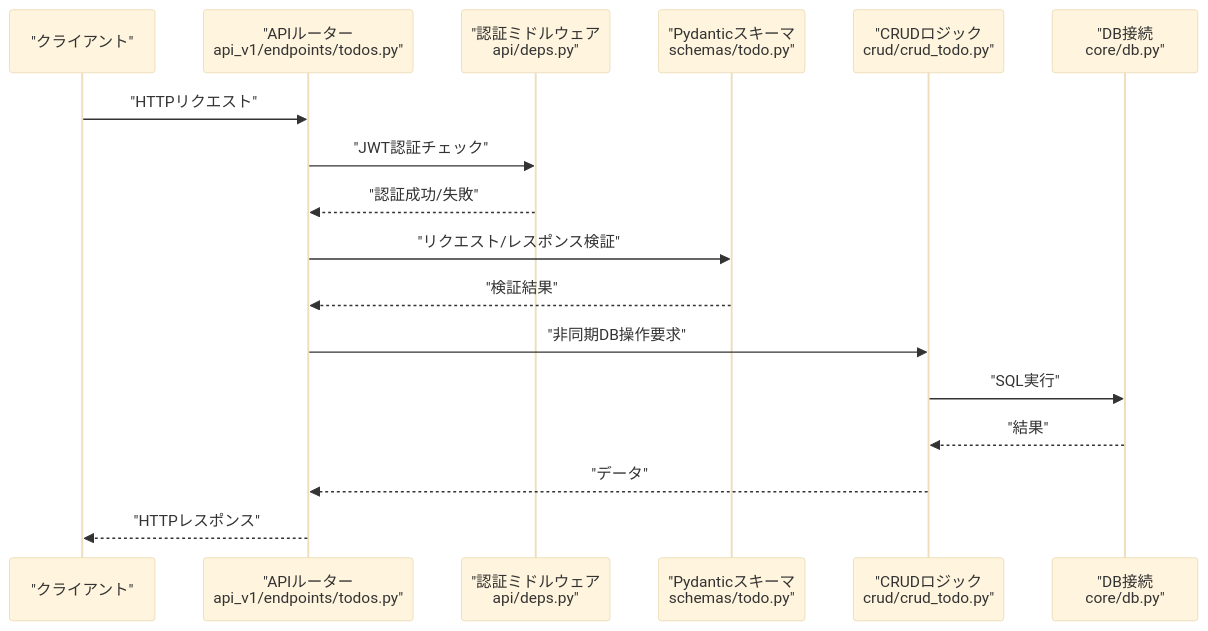
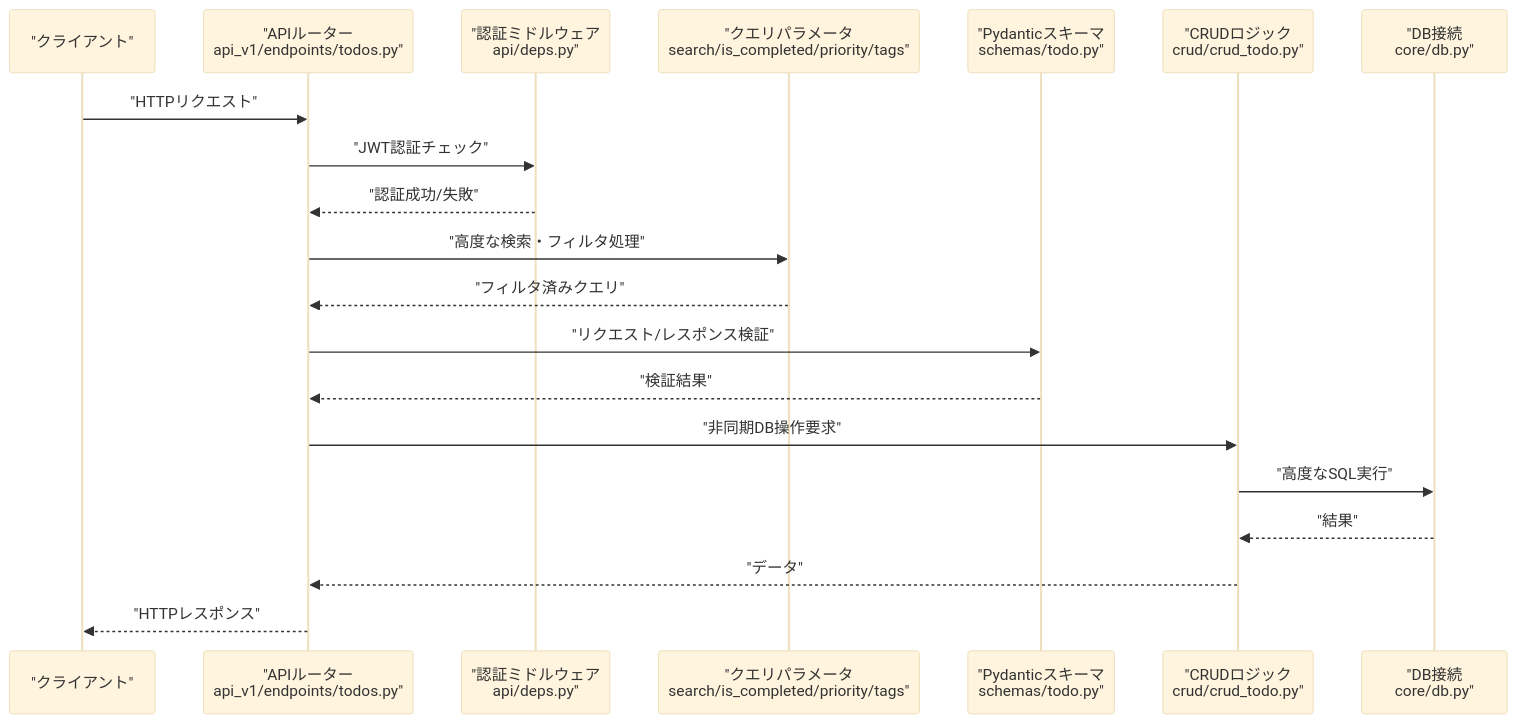
The second of 7 diagrams in .qoder/repowiki/ja/content/APIリファレンス/TODO管理API.md (ss8806/Todos), drawn with Mermaid (base theme) before and after one commit. The commit also changed other lines of this file and 6 other files, not shown here.

````diff
--- a/.qoder/repowiki/ja/content/APIリファレンス/TODO管理API.md
+++ b/.qoder/repowiki/ja/content/APIリファレンス/TODO管理API.md
@@ -194,19 +204,22 @@
 ```mermaid
 sequenceDiagram
 participant Client as "クライアント"
 participant Router as "APIルーター<br/>api_v1/endpoints/todos.py"
 participant Auth as "認証ミドルウェア<br/>api/deps.py"
+participant Params as "クエリパラメータ<br/>search/is_completed/priority/tags"
 participant Schema as "Pydanticスキーマ<br/>schemas/todo.py"
 participant CRUD as "CRUDロジック<br/>crud/crud_todo.py"
 participant DB as "DB接続<br/>core/db.py"
 Client->>Router : "HTTPリクエスト"
 Router->>Auth : "JWT認証チェック"
 Auth-->>Router : "認証成功/失敗"
+Router->>Params : "高度な検索・フィルタ処理"
+Params-->>Router : "フィルタ済みクエリ"
 Router->>Schema : "リクエスト/レスポンス検証"
 Schema-->>Router : "検証結果"
 Router->>CRUD : "非同期DB操作要求"
-CRUD->>DB : "SQL実行"
+CRUD->>DB : "高度なSQL実行"
 DB-->>CRUD : "結果"
 CRUD-->>Router : "データ"
 Router-->>Client : "HTTPレスポンス"
 ```
````
